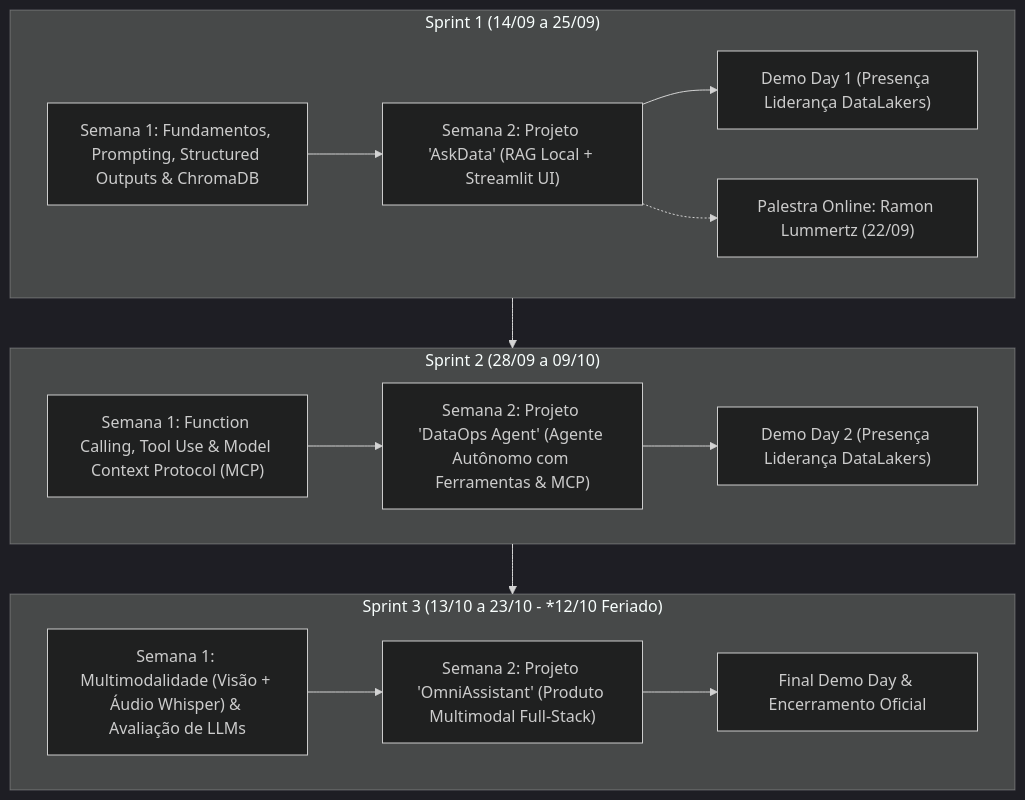
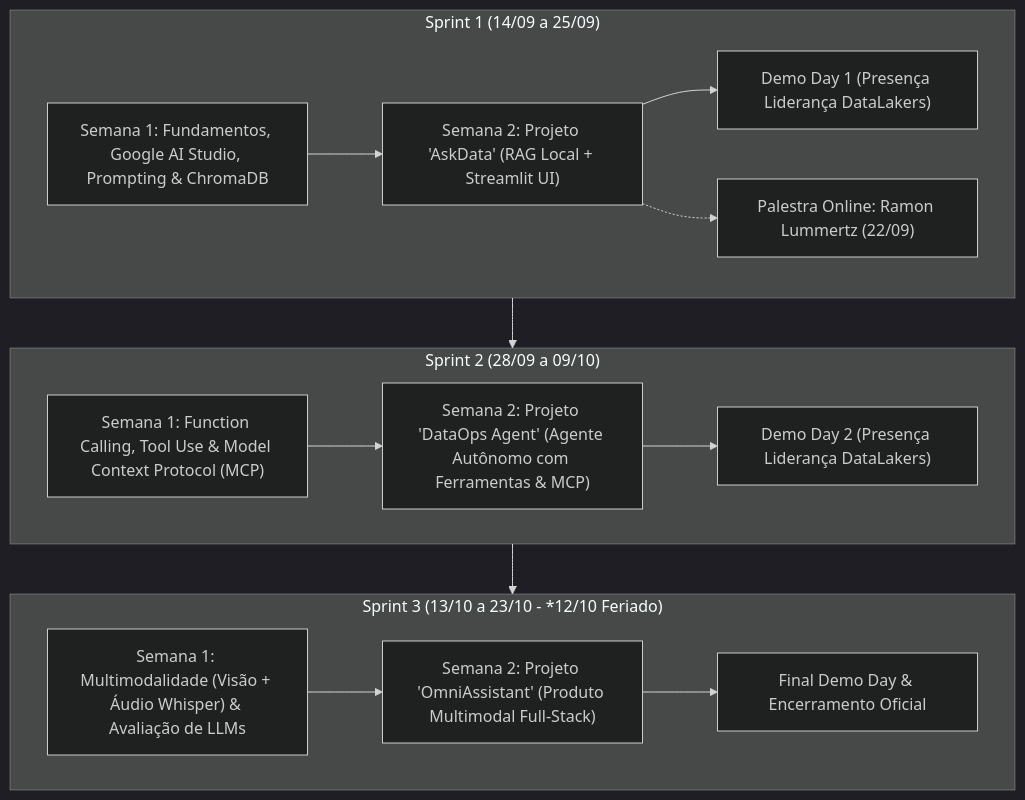
The diagram in README.md (eduardo-de-bastiani/grupo-de-estudos-ia), drawn with Mermaid (dark theme) before and after one commit. The commit also changed other lines of this file and 14 other files, not shown here.

````diff
--- a/README.md
+++ b/README.md
@@ -22,27 +22,27 @@
 ```mermaid
 flowchart TD
     subgraph S1["Sprint 1 (14/09 a 25/09)"]
-        S1W1["Semana 1: Fundamentos, Prompting, Structured Outputs & ChromaDB"]
+        S1W1["Semana 1: Fundamentos, Google AI Studio, Prompting & ChromaDB"]
         S1W2["Semana 2: Projeto 'AskData' (RAG Local + Streamlit UI)"]
         S1Special["Palestra Online: Ramon Lummertz (22/09)"]
         S1Demo["Demo Day 1 (Presença Liderança DataLakers)"]
         S1W1 --> S1W2 --> S1Demo
         S1W2 -.-> S1Special
     end
 
     subgraph S2["Sprint 2 (28/09 a 09/10)"]
         S2W1["Semana 1: Function Calling, Tool Use & Model Context Protocol (MCP)"]
         S2W2["Semana 2: Projeto 'DataOps Agent' (Agente Autônomo com Ferramentas & MCP)"]
         S2Demo["Demo Day 2 (Presença Liderança DataLakers)"]
         S2W1 --> S2W2 --> S2Demo
     end
 
     subgraph S3["Sprint 3 (13/10 a 23/10 - *12/10 Feriado)"]
         S3W1["Semana 1: Multimodalidade (Visão + Áudio Whisper) & Avaliação de LLMs"]
         S3W2["Semana 2: Projeto 'OmniAssistant' (Produto Multimodal Full-Stack)"]
         S3Demo["Final Demo Day & Encerramento Oficial"]
         S3W1 --> S3W2 --> S3Demo
     end
 
     S1 --> S2 --> S3
 ```
````
